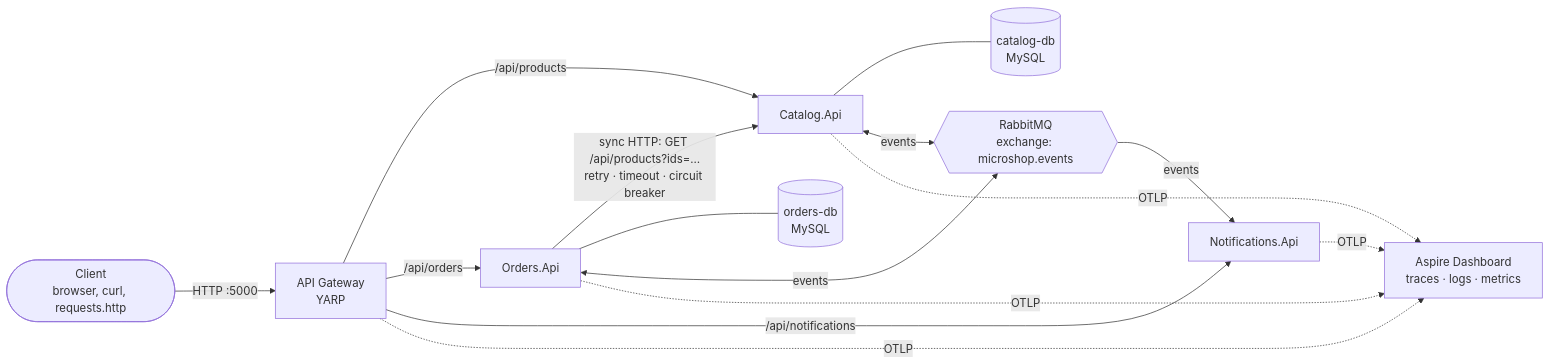
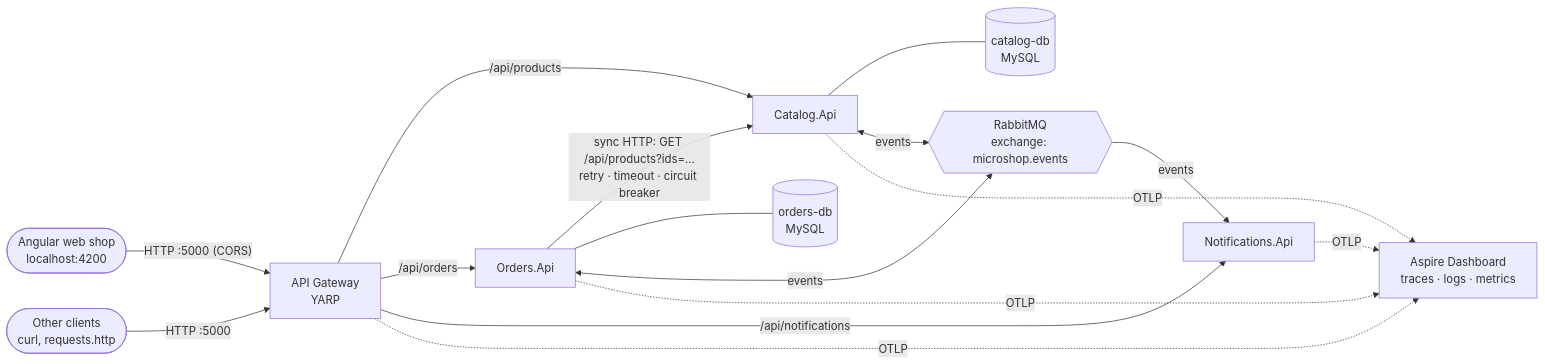
One commit to MayurPol1/microservices-learning changed the first of 2 diagrams in README.md. Above: the diagram before and after it, drawn with Mermaid. The commit also changed other lines of this file and 53 other files, not shown here.

First line of the commit message:
Step 9: Angular web shop and admin (Angular 22 + Angular Material)

````diff
--- a/README.md
+++ b/README.md
@@ -35,22 +35,23 @@
 ```mermaid
 flowchart LR
-    client([Client<br/>browser, curl, requests.http]) -->|HTTP :5000| gw[API Gateway<br/>YARP]
+    web([Angular web shop<br/>localhost:4200]) -->|"HTTP :5000 (CORS)"| gw[API Gateway<br/>YARP]
+    client([Other clients<br/>curl, requests.http]) -->|HTTP :5000| gw
 
     gw -->|/api/products| cat[Catalog.Api]
     gw -->|/api/orders| ord[Orders.Api]
     gw -->|/api/notifications| notif[Notifications.Api]
 
     ord -->|"sync HTTP: GET /api/products?ids=…<br/>retry · timeout · circuit breaker"| cat
 
     cat --- catdb[(catalog-db<br/>MySQL)]
     ord --- orddb[(orders-db<br/>MySQL)]
 
     ord <-->|events| mq{{RabbitMQ<br/>exchange: microshop.events}}
     cat <-->|events| mq
     mq -->|events| notif
 
     gw -. OTLP .-> dash[Aspire Dashboard<br/>traces · logs · metrics]
     cat -. OTLP .-> dash
     ord -. OTLP .-> dash
     notif -. OTLP .-> dash
 ```
````
